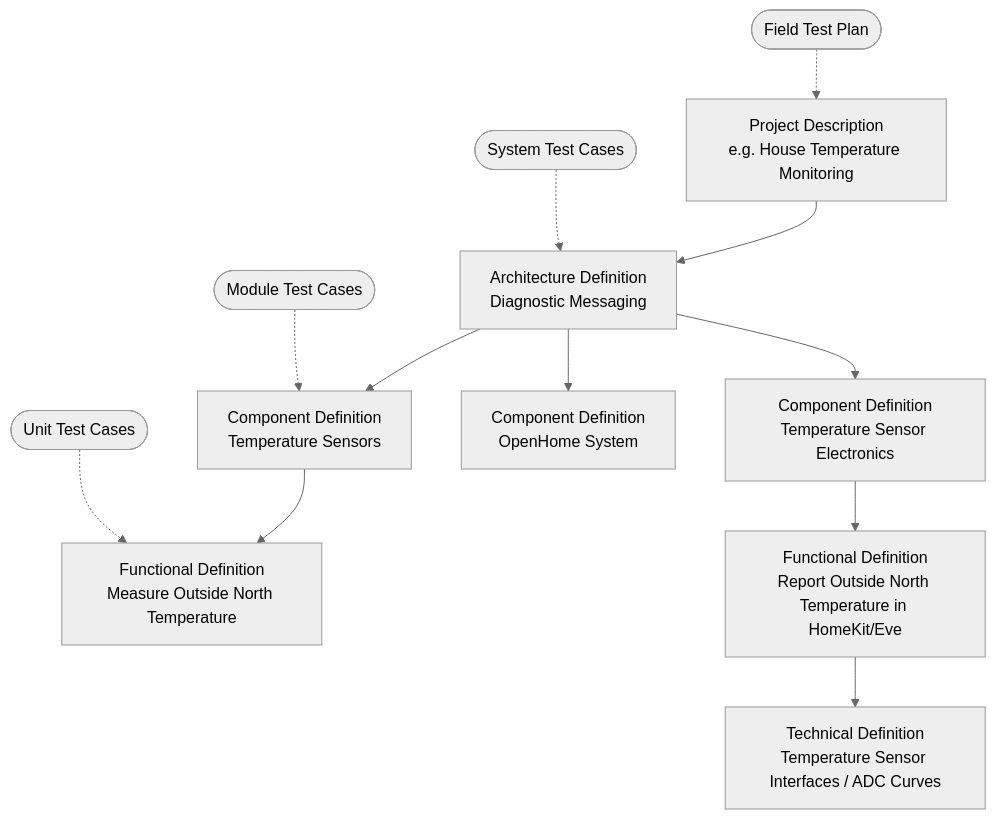
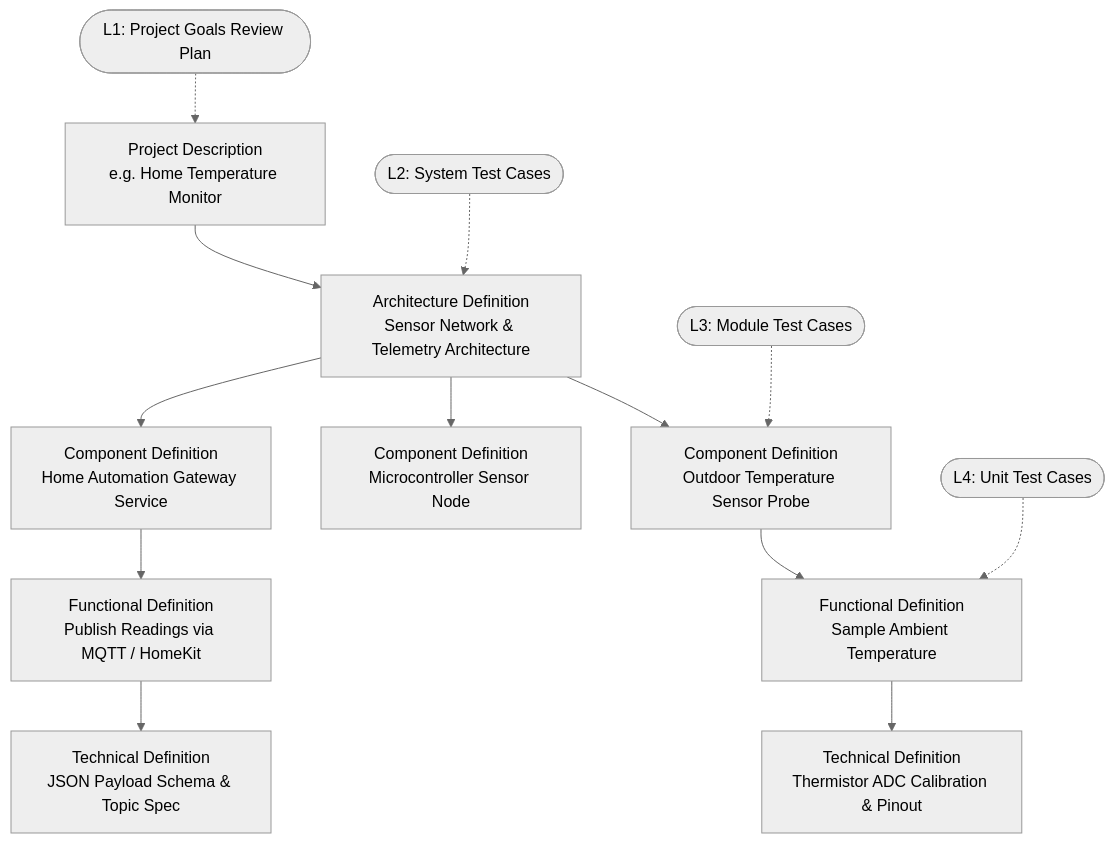
The second of 2 diagrams in v_model_process/V-Cycle for Lightweight Development.md (RandyF/lightweight-development-process), drawn with Mermaid (neutral theme) before and after one commit. The commit also changed other lines of this file and 3 other files, not shown here.

Commit message:
Baseline for Project Definition

````diff
--- a/v_model_process/V-Cycle for Lightweight Development.md
+++ b/v_model_process/V-Cycle for Lightweight Development.md
@@ -116,24 +107,26 @@
 ```mermaid
 graph TD
-    PD["Project Description<br/>e.g. House Temperature Monitoring"]
-    AD1["Architecture Definition<br/>Diagnostic Messaging"]
-    CD1["Component Definition<br/>Temperature Sensors"]
-    CD2["Component Definition<br/>Temperature Sensor Electronics"]
-    CD3["Component Definition<br/>OpenHome System"]
-    FD1["Functional Definition<br/>Measure Outside North Temperature"]
-    FD2["Functional Definition<br/>Report Outside North Temperature in HomeKit/Eve"]
-    TD1["Technical Definition<br/>Temperature Sensor Interfaces / ADC Curves"]
-    
+    PD["Project Description<br/>e.g. Home Temperature Monitor"]
+    AD1["Architecture Definition<br/>Sensor Network & Telemetry Architecture"]
+    CD1["Component Definition<br/>Outdoor Temperature Sensor Probe"]
+    CD2["Component Definition<br/>Microcontroller Sensor Node"]
+    CD3["Component Definition<br/>Home Automation Gateway Service"]
+    FD1["Functional Definition<br/>Sample Ambient Temperature"]
+    TD1["Technical Definition<br/>Thermistor ADC Calibration & Pinout"]
+    FD2["Functional Definition<br/>Publish Readings via MQTT / HomeKit"]
+    TD2["Technical Definition<br/>JSON Payload Schema & Topic Spec"]
+
     PD --> AD1
     AD1 --> CD1
     AD1 --> CD2
     AD1 --> CD3
     CD1 --> FD1
-    CD2 --> FD2
-    FD2 --> TD1
+    FD1 --> TD1
+    CD3 --> FD2
+    FD2 --> TD2
 
-    PT(["Field Test Plan"]) -.-> PD
-    ST(["System Test Cases"]) -.-> AD1
-    HT(["Module Test Cases"]) -.-> CD1
-    UT(["Unit Test Cases"]) -.-> FD1
+    PT(["L1: Project Goals Review Plan"]) -.-> PD
+    ST(["L2: System Test Cases"]) -.-> AD1
+    MT(["L3: Module Test Cases"]) -.-> CD1
+    UT(["L4: Unit Test Cases"]) -.-> FD1
 ```
````
